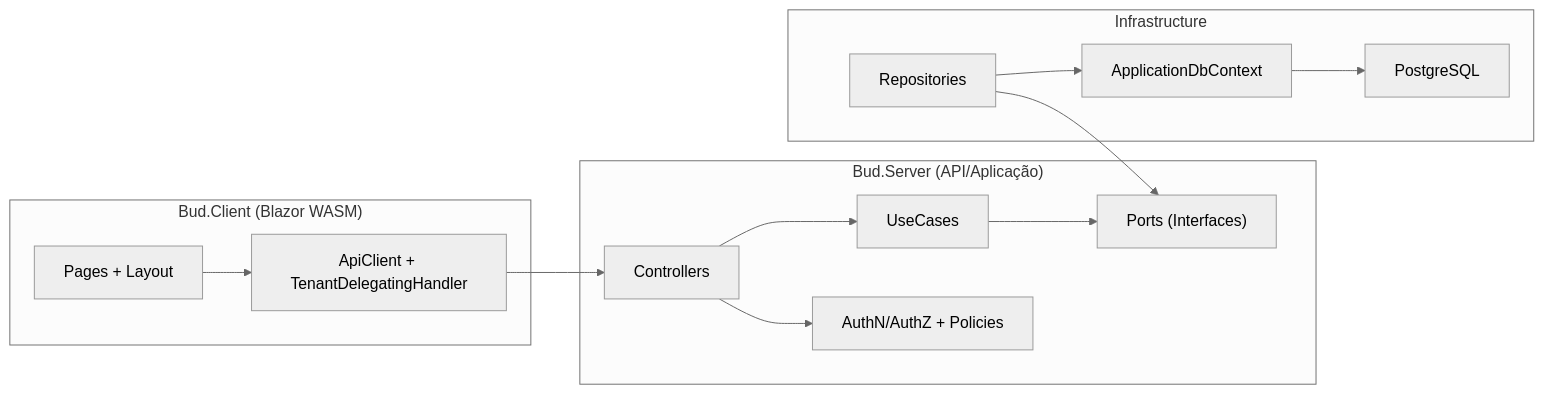
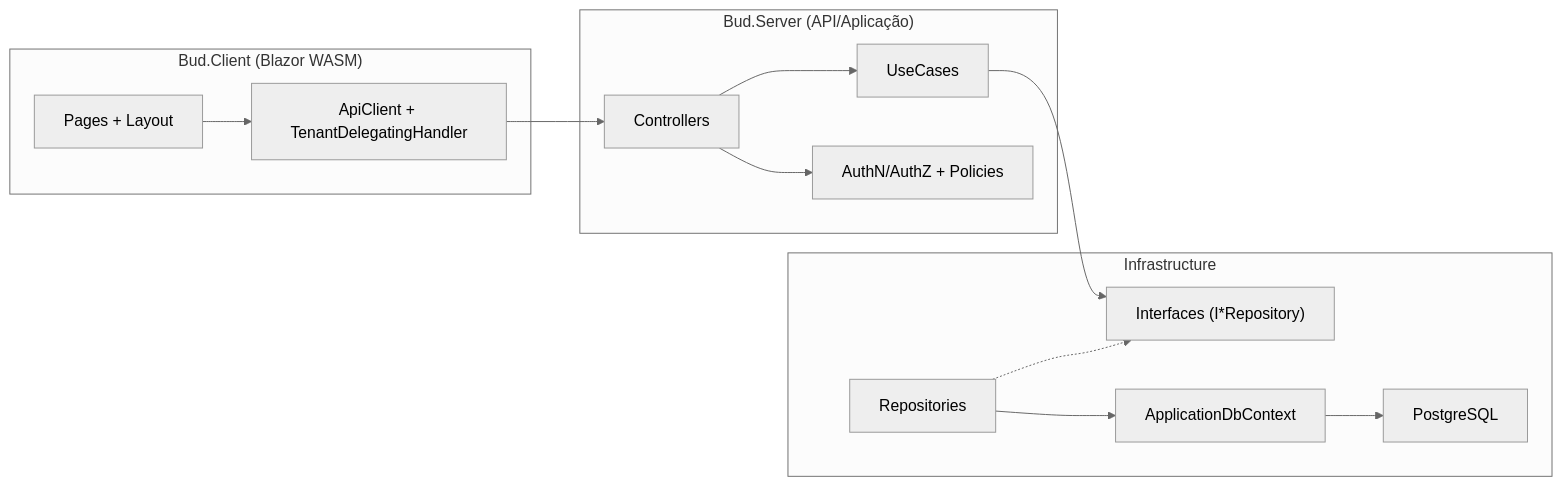
Before and after one commit to dsbraz/bud: the eighth of 10 diagrams in README.md, drawn with Mermaid (neutral theme). The commit also changed other lines of this file and 93 other files, not shown here.

````diff
--- a/README.md
+++ b/README.md
@@ -295,29 +293,29 @@
 ```mermaid
 flowchart LR
     subgraph Client["Bud.Client (Blazor WASM)"]
       UI["Pages + Layout"]
       ApiClient["ApiClient + TenantDelegatingHandler"]
     end
 
     subgraph Api["Bud.Server (API/Aplicação)"]
       Controllers["Controllers"]
       UseCases["UseCases"]
-      Ports["Ports (Interfaces)"]
       Authz["AuthN/AuthZ + Policies"]
     end
 
     subgraph Infra["Infrastructure"]
+      Ports["Interfaces (I*Repository)"]
       Repos["Repositories"]
       Db["ApplicationDbContext"]
       Pg["PostgreSQL"]
     end
 
     UI --> ApiClient
     ApiClient --> Controllers
     Controllers --> UseCases
     UseCases --> Ports
-    Repos --> Ports
+    Repos -.-> Ports
     Controllers --> Authz
     Repos --> Db
     Db --> Pg
 ```
````
